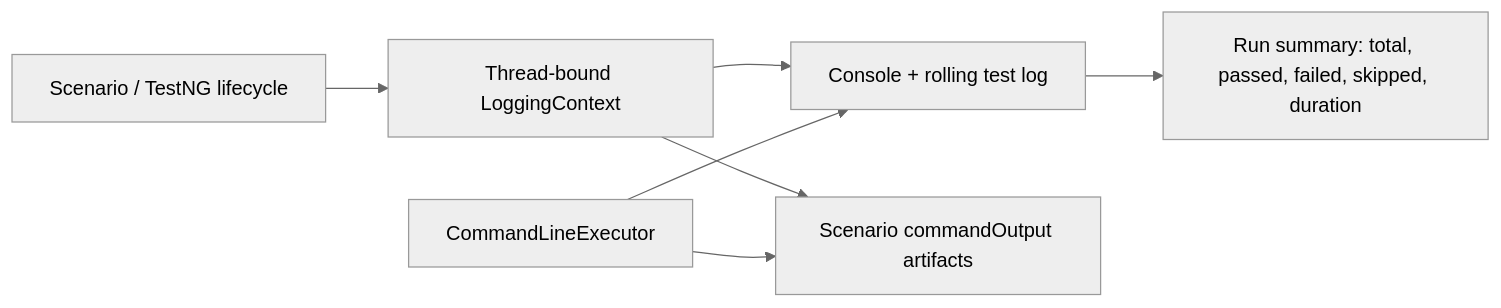
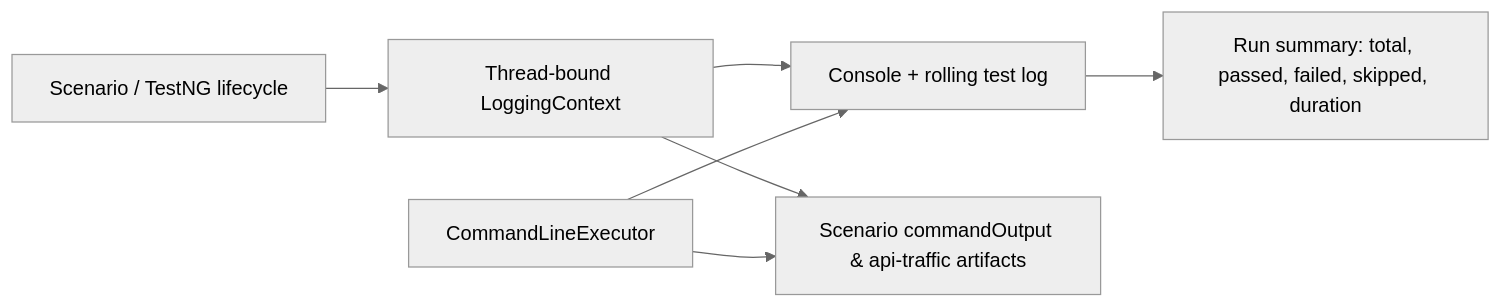
The second of 4 diagrams in docs/internals/Architecture-README.md (anandbagmar/teswiz), drawn with Mermaid (neutral theme) before and after one commit. The commit also changed other lines of this file and 4 other files, not shown here.

First line of the commit message:
Update architecture diagrams across documentation

````diff
--- a/docs/internals/Architecture-README.md
+++ b/docs/internals/Architecture-README.md
@@ -63,9 +75,9 @@
 ```mermaid
 flowchart LR
     LIFE[Scenario / TestNG lifecycle] --> CTX[Thread-bound LoggingContext]
     CTX --> LOG[Console + rolling test log]
-    CTX --> ART[Scenario commandOutput artifacts]
+    CTX --> ART[Scenario commandOutput & api-traffic artifacts]
     CMD[CommandLineExecutor] --> ART
     CMD --> LOG
     LOG --> SUM[Run summary: total, passed, failed, skipped, duration]
 ```
````
